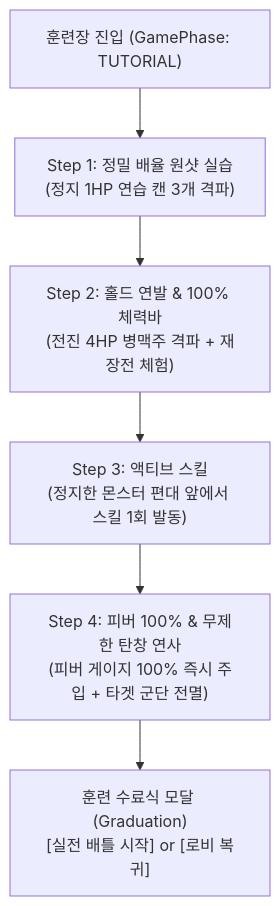
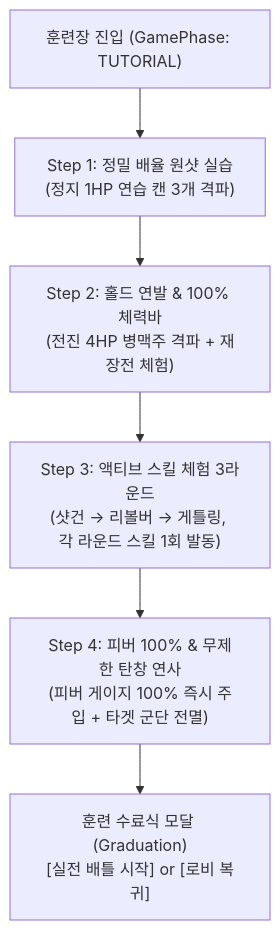
Before and after one commit to ChaJiYoung/ob-crash-game: the second of 2 diagrams in docs/튜토리얼_훈련장_가이드.md, drawn with Mermaid. The commit also changed other lines of this file and 10 other files, not shown here.

First line of the commit message:
feat(tutorial): 3단계를 샷건·리볼버·게틀링 스킬 체험 라운드로

````diff
--- a/docs/튜토리얼_훈련장_가이드.md
+++ b/docs/튜토리얼_훈련장_가이드.md
@@ -111,8 +111,8 @@
 ```mermaid
 flowchart TD
     Start["훈련장 진입 (GamePhase: TUTORIAL)"] --> S1["Step 1: 정밀 배율 원샷 실습\n(정지 1HP 연습 캔 3개 격파)"]
     S1 --> S2["Step 2: 홀드 연발 & 100% 체력바\n(전진 4HP 병맥주 격파 + 재장전 체험)"]
-    S2 --> S3["Step 3: 액티브 스킬\n(정지한 몬스터 편대 앞에서 스킬 1회 발동)"]
+    S2 --> S3["Step 3: 액티브 스킬 체험 3라운드\n(샷건 → 리볼버 → 게틀링, 각 라운드 스킬 1회 발동)"]
     S3 --> S4["Step 4: 피버 100% & 무제한 탄창 연사\n(피버 게이지 100% 즉시 주입 + 타겟 군단 전멸)"]
     S4 --> Grad["훈련 수료식 모달 (Graduation)\n[실전 배틀 시작] or [로비 복귀]"]
 ```
````
